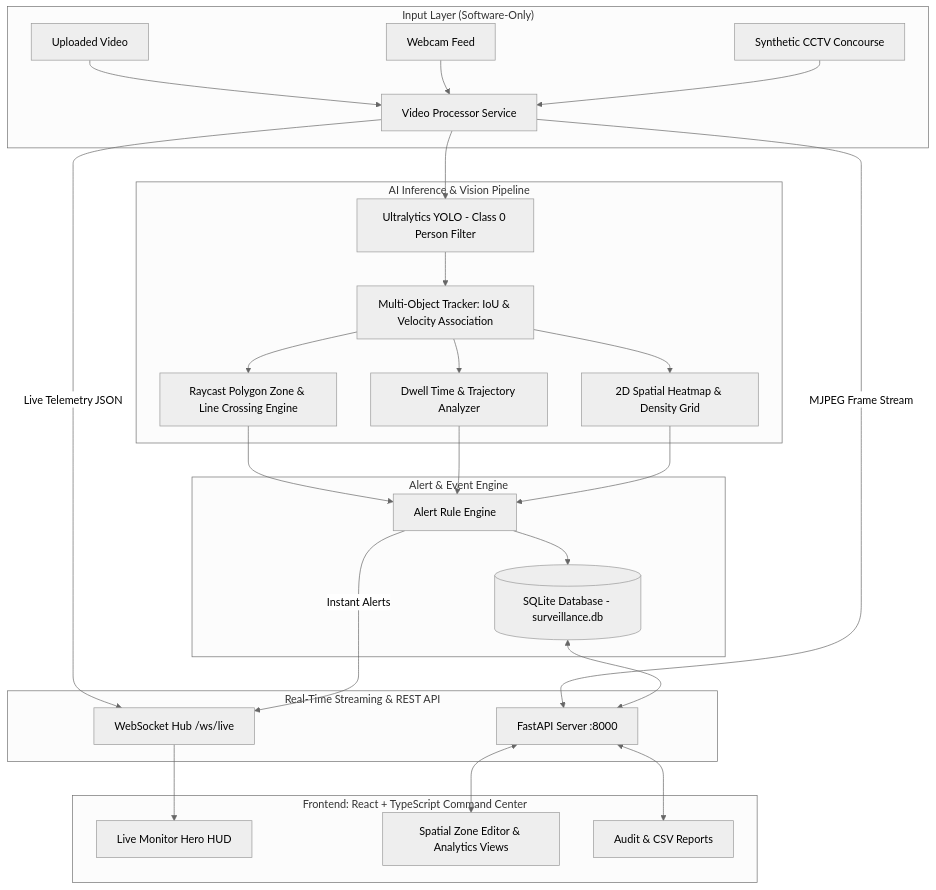
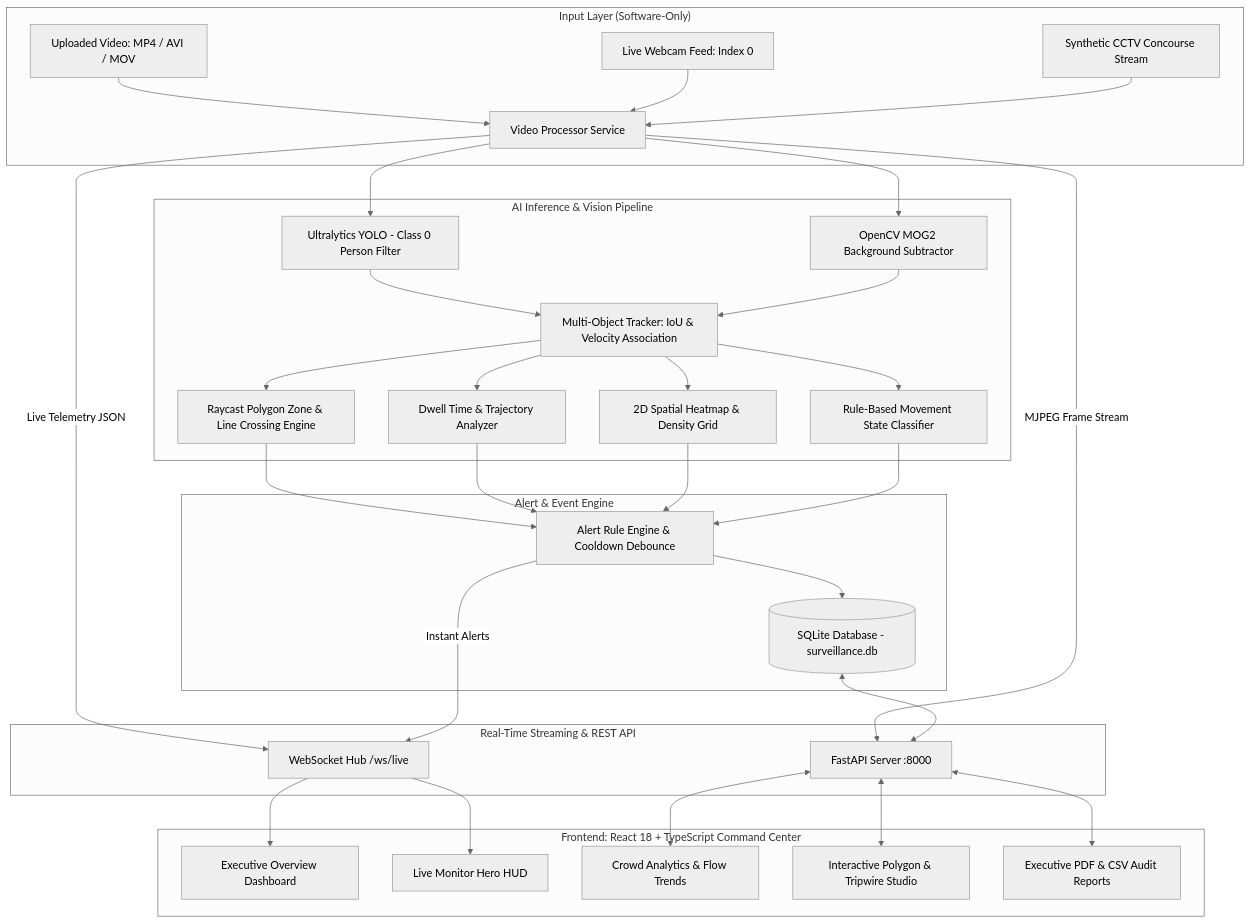
One commit to Ezhilmaran06/ai_surveillance changed the diagram in README.md. Above: the diagram before and after it, drawn with Mermaid (neutral theme). The commit also changed other lines of this file and 23 other files, not shown here.

Commit message:
feat(sentinelvision): complete SentinelVision AI platform with Recharts dashboard, dark/light mode, PDF reports, docker, and full specifications

````diff
--- a/README.md
+++ b/README.md
@@ -19,36 +20,42 @@
 ```mermaid
 flowchart TB
     subgraph "Input Layer (Software-Only)"
-        V[Uploaded Video] --> VP[Video Processor Service]
-        W[Webcam Feed] --> VP
-        S[Synthetic CCTV Concourse] --> VP
+        V[Uploaded Video: MP4 / AVI / MOV] --> VP[Video Processor Service]
+        W[Live Webcam Feed: Index 0] --> VP
+        S[Synthetic CCTV Concourse Stream] --> VP
     end
 
     subgraph "AI Inference & Vision Pipeline"
         VP --> DET[Ultralytics YOLO - Class 0 Person Filter]
+        VP --> FALLBACK[OpenCV MOG2 Background Subtractor]
         DET --> TRK[Multi-Object Tracker: IoU & Velocity Association]
+        FALLBACK --> TRK
         TRK --> GEO[Raycast Polygon Zone & Line Crossing Engine]
         TRK --> DWELL[Dwell Time & Trajectory Analyzer]
         TRK --> DENS[2D Spatial Heatmap & Density Grid]
+        TRK --> SPEED[Rule-Based Movement State Classifier]
     end
 
     subgraph "Alert & Event Engine"
-        GEO --> AE[Alert Rule Engine]
+        GEO --> AE[Alert Rule Engine & Cooldown Debounce]
         DWELL --> AE
         DENS --> AE
+        SPEED --> AE
         AE --> DB[(SQLite Database - surveillance.db)]
     end
 
     subgraph "Real-Time Streaming & REST API"
         VP -->|MJPEG Frame Stream| API[FastAPI Server :8000]
         VP -->|Live Telemetry JSON| WSS[WebSocket Hub /ws/live]
         AE -->|Instant Alerts| WSS
         DB <--> API
     end
 
-    subgraph "Frontend: React + TypeScript Command Center"
+    subgraph "Frontend: React 18 + TypeScript Command Center"
+        WSS --> DASH[Executive Overview Dashboard]
         WSS --> HUD[Live Monitor Hero HUD]
-        API <--> DASH[Spatial Zone Editor & Analytics Views]
-        API <--> REP[Audit & CSV Reports]
+        API <--> ANA[Crowd Analytics & Flow Trends]
+        API <--> ZONE[Interactive Polygon & Tripwire Studio]
+        API <--> REP[Executive PDF & CSV Audit Reports]
     end
 ```
````
